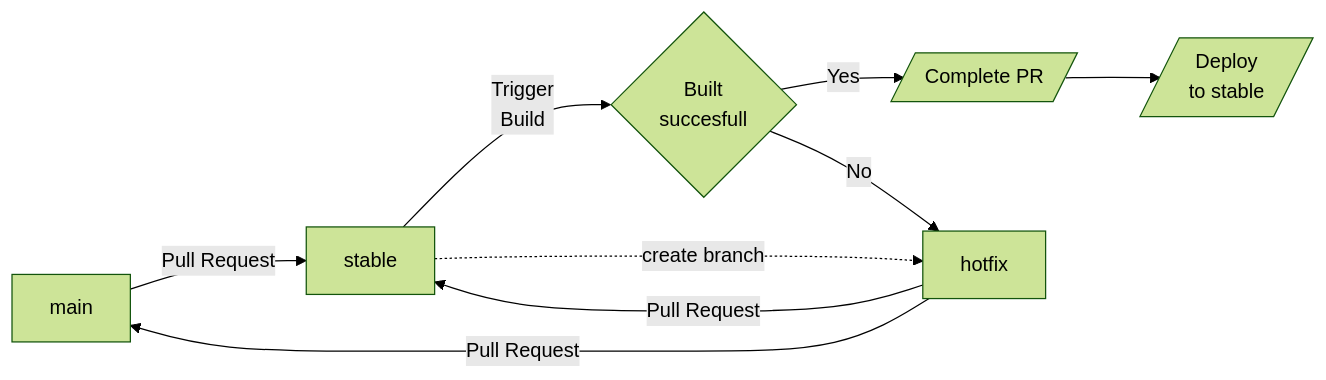
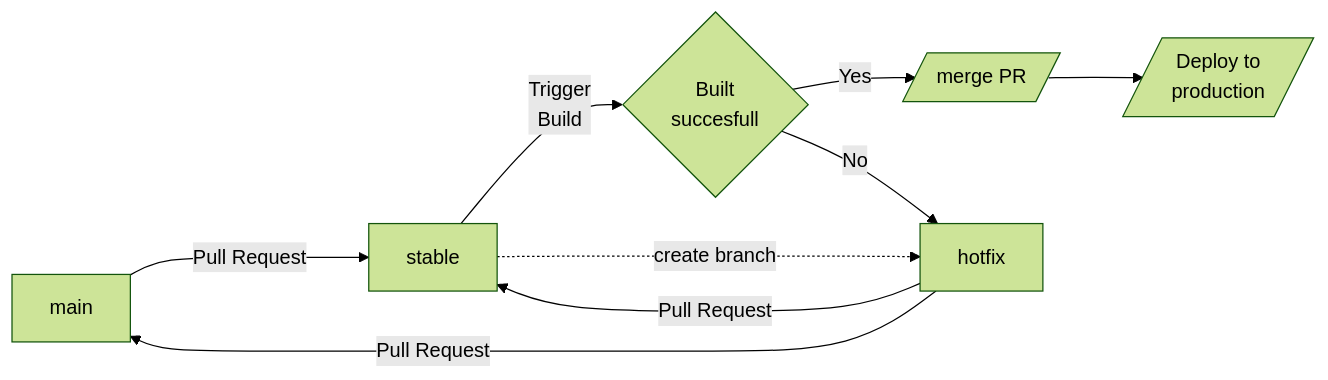
One commit to Mauwii/django_devops changed the third of 4 diagrams in docs/workflow/1-repository.md. Above: the diagram before and after it, drawn with Mermaid (forest theme). The commit also changed other lines of this file and 2 other files, not shown here.

````diff
--- a/docs/workflow/1-repository.md
+++ b/docs/workflow/1-repository.md
@@ -58,10 +56,10 @@
 ``` mermaid
 graph LR
-  main -- Pull Request --> stable
-  stable -- Trigger<br>Build --> validateBuild{Built<br>succesfull}
-  stable -. create branch .-> hotfix
-  validateBuild -- Yes --> completePr[/Complete PR/]
-  completePr --> deployStable[/Deploy<br>to stable/]
-  validateBuild -- No --> hotfix
-  hotfix -- Pull Request--> main & stable
+  main -- Pull Request ---> stable;
+  stable -- Trigger<br>Build --> validateBuild{Built<br>succesfull};
+  stable -. create branch .-> hotfix;
+  validateBuild -- Yes --> completePr[/merge PR/];
+  completePr --> deployStable[/Deploy to<br>production/];
+  validateBuild -- No --> hotfix;
+  hotfix -- Pull Request--> main & stable;
 ```
````
